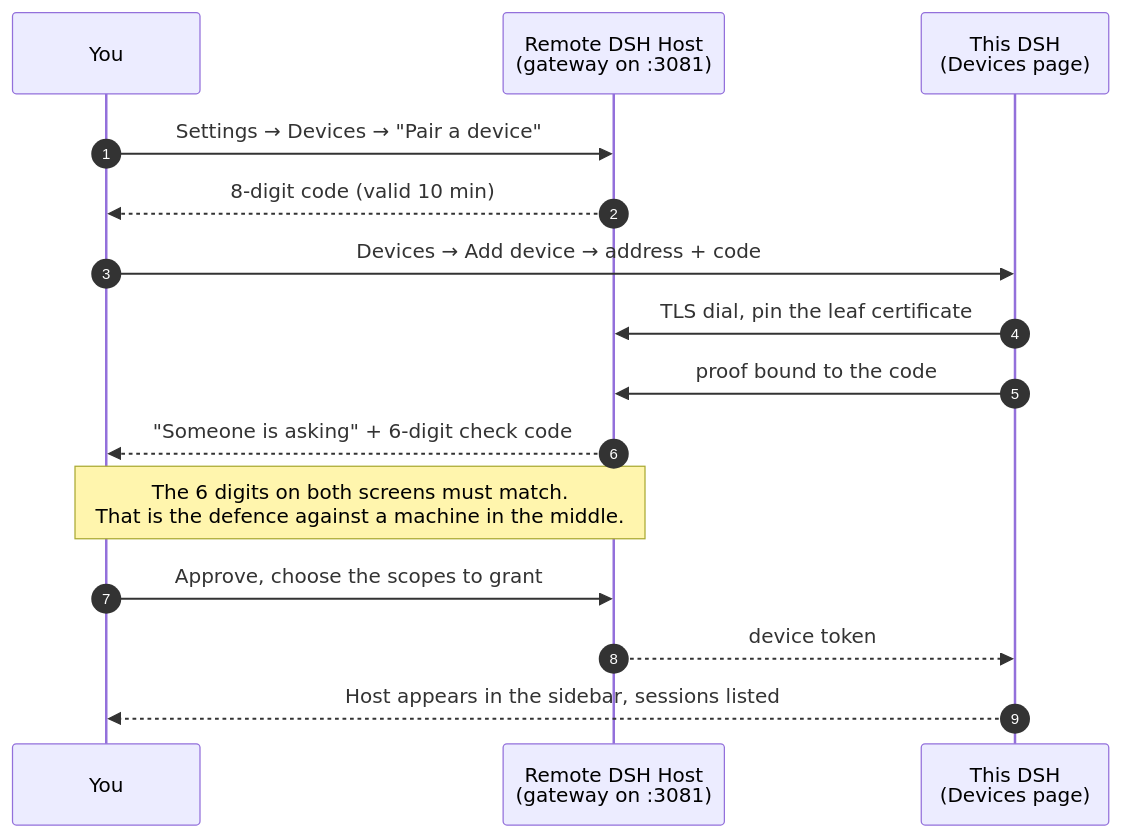
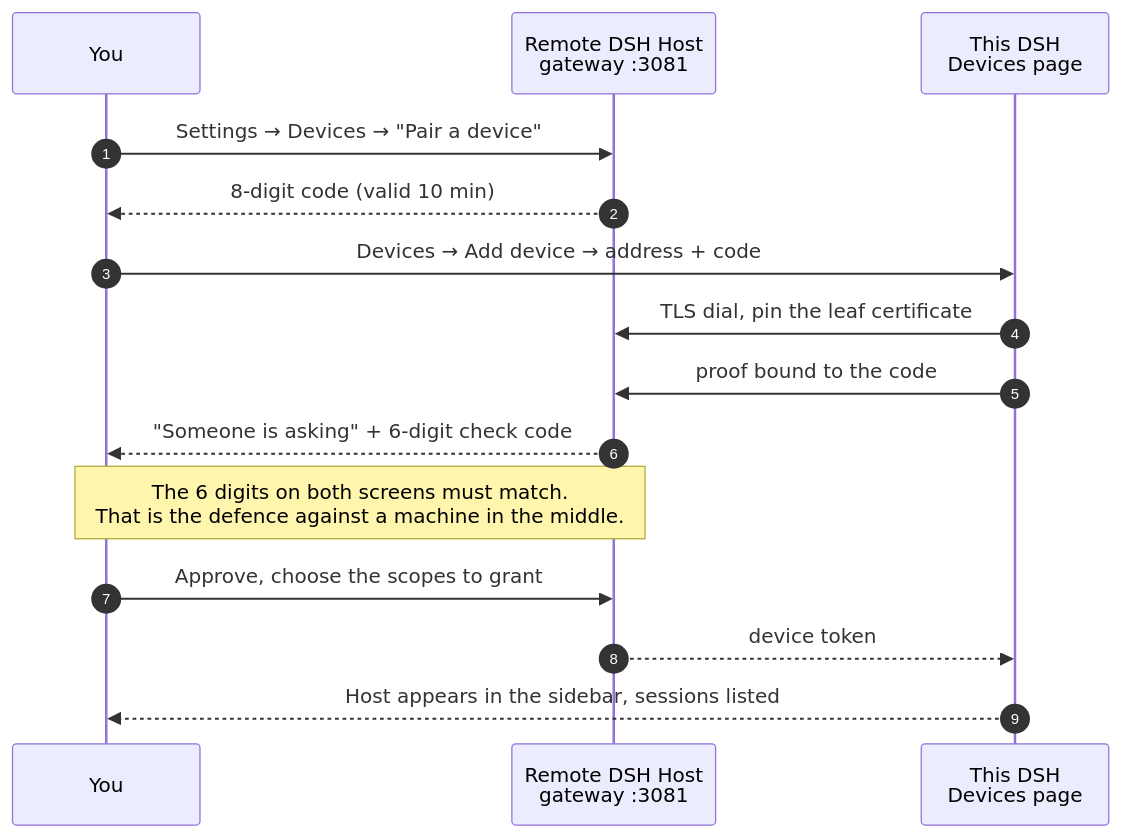
One commit to nesteacold/dsh-remote changed the first of 5 diagrams in README.md. Above: the diagram before and after it, drawn with Mermaid. The commit also changed other lines of this file and 1 other file, not shown here.

Commit message:
docs: keep mermaid participant labels free of parentheses
Some mermaid versions treat '(' inside a participant alias as syntax; the
diagrams should not depend on which version GitHub ships.

````diff
--- a/README.md
+++ b/README.md
@@ -89,18 +89,18 @@
 ```mermaid
 sequenceDiagram
     autonumber
     participant You
-    participant Host as Remote DSH Host<br/>(gateway on :3081)
-    participant Local as This DSH<br/>(Devices page)
+    participant Host as Remote DSH Host<br/>gateway :3081
+    participant Local as This DSH<br/>Devices page
 
     You->>Host: Settings → Devices → "Pair a device"
     Host-->>You: 8-digit code (valid 10 min)
     You->>Local: Devices → Add device → address + code
     Local->>Host: TLS dial, pin the leaf certificate
     Local->>Host: proof bound to the code
     Host-->>You: "Someone is asking" + 6-digit check code
     Note over You,Host: The 6 digits on both screens must match.<br/>That is the defence against a machine in the middle.
     You->>Host: Approve, choose the scopes to grant
     Host-->>Local: device token
     Local-->>You: Host appears in the sidebar, sessions listed
 ```
````
